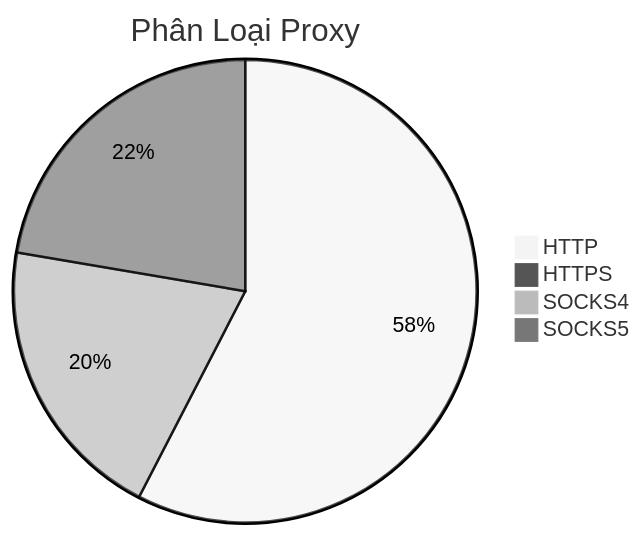
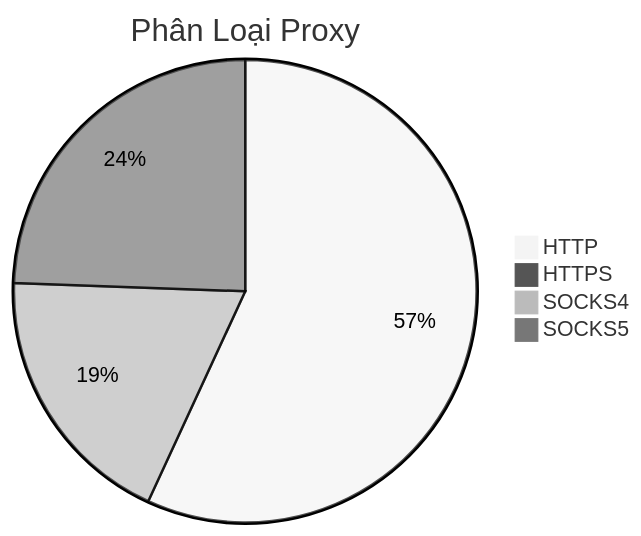
One commit to Ciara-12/PROXY-free changed the diagram in README.md. Above: the diagram before and after it, drawn with Mermaid (neutral theme). The commit also changed other lines of this file and 4 other files, not shown here.

````diff
--- a/README.md
+++ b/README.md
@@ -26,7 +26,7 @@
 ```mermaid
 pie title Phân Loại Proxy
-    "HTTP" : 911
-    "HTTPS" : 2
-    "SOCKS4" : 318
+    "HTTP" : 822
+    "HTTPS" : 1
+    "SOCKS4" : 270
     "SOCKS5" : 353
 ```
````
